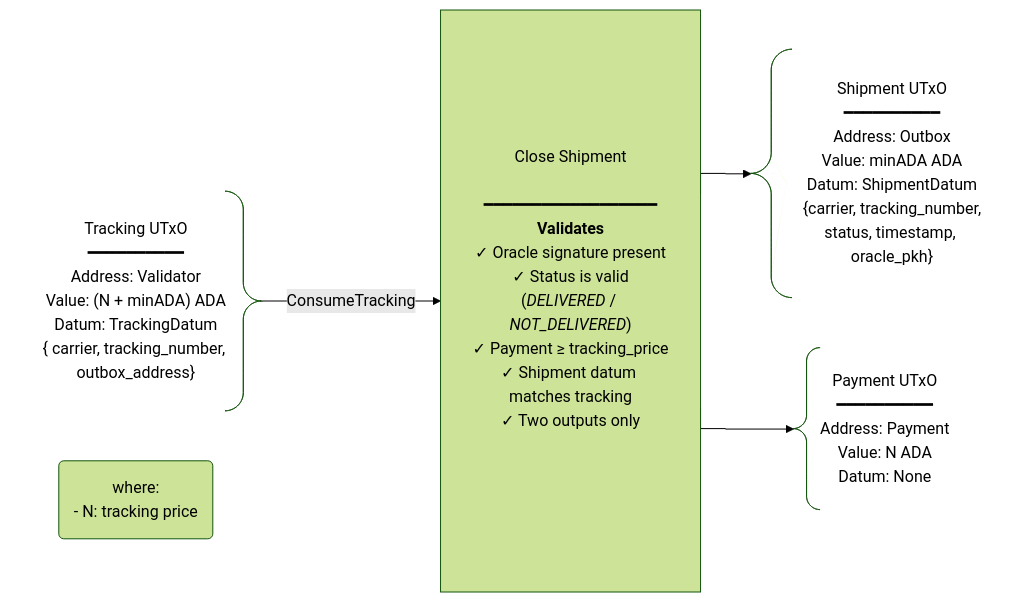
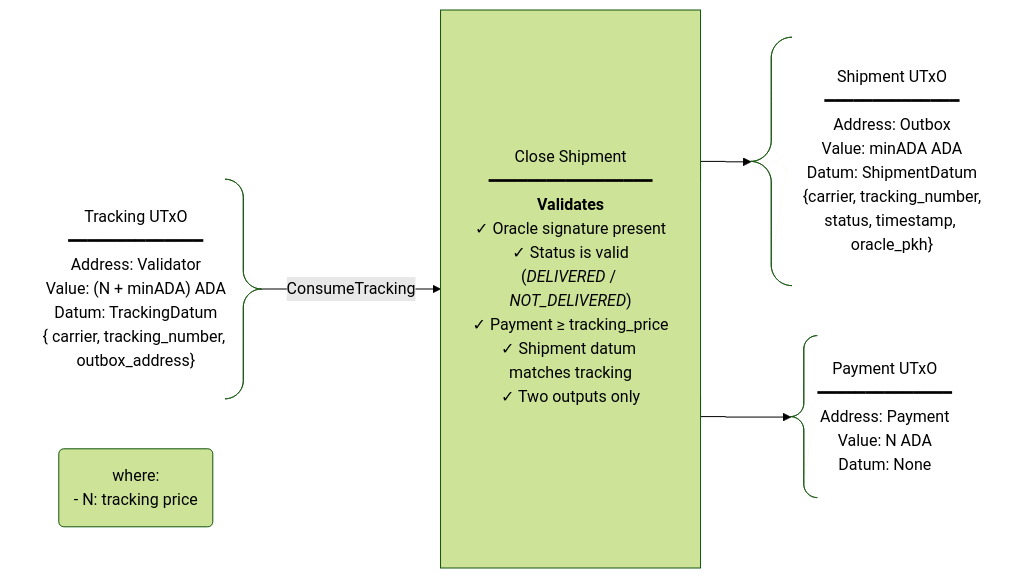
Before and after one commit to tx3-lang/shipping-oracle: the second of 2 diagrams in README.md, drawn with Mermaid (forest theme). The commit also changed other lines of this file, not shown here.

````diff
--- a/README.md
+++ b/README.md
@@ -179,21 +179,21 @@
 ```mermaid
 ---
 config:
   flowchart:
     curve: stepBefore
 ---
 flowchart LR
-  I1@{ shape: brace-r, label: "Tracking UTxO<br/>━━━━━━━━━━<br/>Address: Validator<br/>Value: (N + minADA) ADA<br/>Datum: TrackingDatum<br/>{ carrier, tracking_number, outbox_address}"}
+  I1@{ shape: brace-r, label: "Tracking UTxO<br/>━━━━━━━━━━━━━━<br/>Address: Validator<br/>Value: (N + minADA) ADA<br/>Datum: TrackingDatum<br/>{ carrier, tracking_number, outbox_address}"}
 
-  TX["`<br/><br/><br/><br/><br/>Close Shipment<br/><br/>━━━━━━━━━━━━━━━━━━<br/>**Validates**<br/>✓ Oracle signature present<br/>✓ Status is valid<br/>(_DELIVERED_ / _NOT_DELIVERED_)<br/>✓ Payment ≥ tracking_price<br/>✓ Shipment datum matches tracking<br/>✓ Two outputs only<br/><br/><br/><br/><br/><br/><br/>`"]
+  TX["`<br/><br/><br/><br/><br/>Close Shipment<br/>━━━━━━━━━━━━━━━━━<br/>**Validates**<br/>✓ Oracle signature present<br/>✓ Status is valid<br/>(_DELIVERED_ / _NOT_DELIVERED_)<br/>✓ Payment ≥ tracking_price<br/>✓ Shipment datum matches tracking<br/>✓ Two outputs only<br/><br/><br/><br/><br/><br/><br/>`"]
 
-  O1@{ shape: brace-l, label: "Shipment UTxO<br/>━━━━━━━━━━<br/>Address: Outbox<br/>Value: minADA ADA<br/>Datum: ShipmentDatum<br/>{carrier, tracking_number,<br/>status, timestamp, oracle_pkh}"}
+  O1@{ shape: brace-l, label: "Shipment UTxO<br/>━━━━━━━━━━━━━━<br/>Address: Outbox<br/>Value: minADA ADA<br/>Datum: ShipmentDatum<br/>{carrier, tracking_number,<br/>status, timestamp, oracle_pkh}"}
 
-  O2@{ shape: brace-l, label: "Payment UTxO<br/>━━━━━━━━━━<br/>Address: Payment<br/>Value: N ADA<br/>Datum: None"}
+  O2@{ shape: brace-l, label: "Payment UTxO<br/>━━━━━━━━━━━━━━<br/>Address: Payment<br/>Value: N ADA<br/>Datum: None"}
 
   I1 --ConsumeTracking--> TX
   TX --> O1
   TX --> O2
 
   Note@{ shape: rounded, label: "where:<br/>- N: tracking price" }
 ```
````
